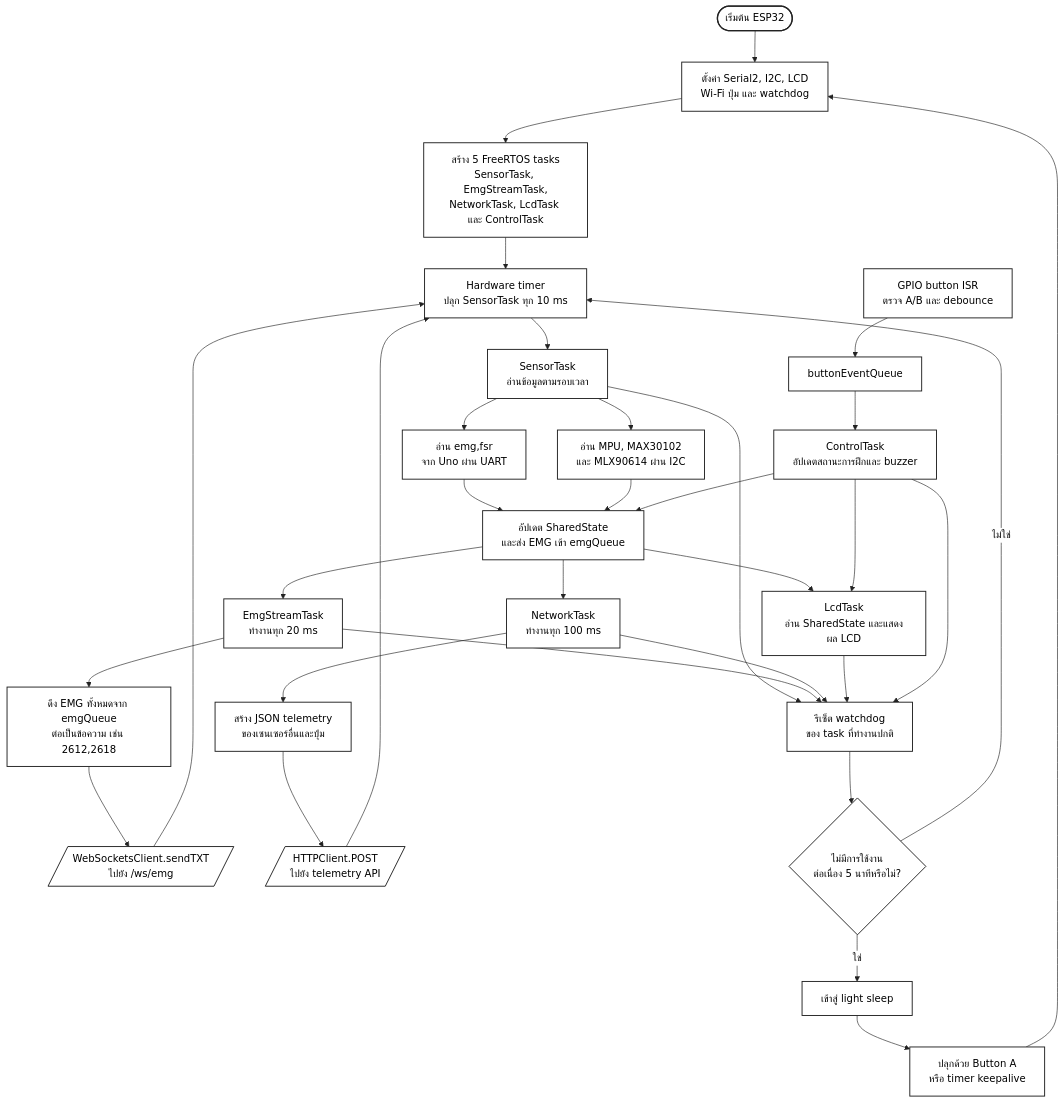
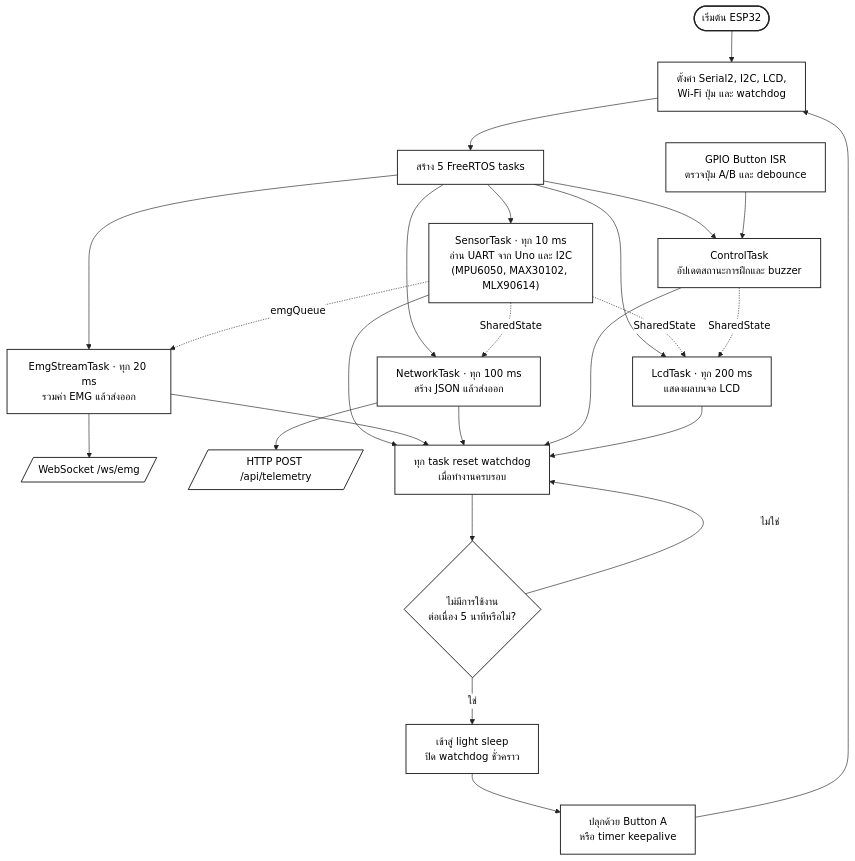
Before and after one commit to Fishcanwalk/muscle-activity-analyzer: the third of 3 diagrams in report/flowchart.md, drawn with Mermaid. The commit also changed other lines of this file, not shown here.

Commit message:
docs: update flowchart diagram in report

````diff
--- a/report/flowchart.md
+++ b/report/flowchart.md
@@ -109,68 +109,53 @@
 ```mermaid
 %%{init: {"theme":"base", "themeVariables": {"background":"#ffffff", "primaryColor":"#ffffff", "primaryTextColor":"#000000", "primaryBorderColor":"#222222", "lineColor":"#222222", "secondaryColor":"#ffffff", "tertiaryColor":"#ffffff", "fontFamily":"Arial"}}}%%
 flowchart TD
     Start([เริ่มต้น ESP32])
-    Init[ตั้งค่า Serial2, I2C, LCD<br/>Wi-Fi ปุ่ม และ watchdog]
-    Tasks[สร้าง 5 FreeRTOS tasks<br/>SensorTask, EmgStreamTask,<br/>NetworkTask, LcdTask และ ControlTask]
-    Timer[Hardware timer<br/>ปลุก SensorTask ทุก 10 ms]
-    Sensor[SensorTask<br/>อ่านข้อมูลตามรอบเวลา]
-    UART[อ่าน emg,fsr<br/>จาก Uno ผ่าน UART]
-    I2C[อ่าน MPU, MAX30102<br/>และ MLX90614 ผ่าน I2C]
-    State[อัปเดต SharedState<br/>และส่ง EMG เข้า emgQueue]
-    EmgTask[EmgStreamTask<br/>ทำงานทุก 20 ms]
-    EmgFrame[ดึง EMG ทั้งหมดจาก emgQueue<br/>ต่อเป็นข้อความ เช่น 2612,2618]
-    WS[/"WebSocketsClient.sendTXT<br/>ไปยัง /ws/emg"/]
-    Network[NetworkTask<br/>ทำงานทุก 100 ms]
-    JSON[สร้าง JSON telemetry<br/>ของเซนเซอร์อื่นและปุ่ม]
-    POST[/HTTPClient.POST<br/>ไปยัง telemetry API/]
-    ButtonISR[GPIO button ISR<br/>ตรวจ A/B และ debounce]
-    ButtonQueue[buttonEventQueue]
+    Init[ตั้งค่า Serial2, I2C, LCD,<br/>Wi-Fi ปุ่ม และ watchdog]
+    Tasks[สร้าง 5 FreeRTOS tasks]
+
+    Sensor["SensorTask · ทุก 10 ms<br/>อ่าน UART จาก Uno และ I2C<br/>(MPU6050, MAX30102, MLX90614)"]
+    EmgTask["EmgStreamTask · ทุก 20 ms<br/>รวมค่า EMG แล้วส่งออก"]
+    WS[/"WebSocket /ws/emg"/]
+    Network["NetworkTask · ทุก 100 ms<br/>สร้าง JSON แล้วส่งออก"]
+    POST[/"HTTP POST /api/telemetry"/]
     Control[ControlTask<br/>อัปเดตสถานะการฝึกและ buzzer]
-    LCD[LcdTask<br/>อ่าน SharedState และแสดงผล LCD]
-    Watchdog[รีเซ็ต watchdog<br/>ของ task ที่ทำงานปกติ]
+    LCD[LcdTask · ทุก 200 ms<br/>แสดงผลบนจอ LCD]
+    ButtonISR[GPIO Button ISR<br/>ตรวจปุ่ม A/B และ debounce]
+
+    Watchdog[ทุก task reset watchdog<br/>เมื่อทำงานครบรอบ]
     Idle{ไม่มีการใช้งาน<br/>ต่อเนื่อง 5 นาทีหรือไม่?}
-    Sleep[เข้าสู่ light sleep]
+    Sleep[เข้าสู่ light sleep<br/>ปิด watchdog ชั่วคราว]
     Wake[ปลุกด้วย Button A<br/>หรือ timer keepalive]
 
-    Start --> Init
-    Init --> Tasks
-    Tasks --> Timer
-    Timer --> Sensor
-    Sensor --> UART
-    Sensor --> I2C
-    UART --> State
-    I2C --> State
-    State --> EmgTask
-    EmgTask --> EmgFrame
-    EmgFrame --> WS
-    WS --> Timer
-    State --> Network
-    Network --> JSON
-    JSON --> POST
-    POST --> Timer
+    Start --> Init --> Tasks
+    Tasks --> Sensor & EmgTask & Network & Control & LCD
 
-    ButtonISR --> ButtonQueue
-    ButtonQueue --> Control
-    Control --> State
-    State --> LCD
-    Control --> LCD
+    EmgTask --> WS
+    Network --> POST
+    ButtonISR --> Control
+
+    Sensor -.->|emgQueue| EmgTask
+    Sensor -.->|SharedState| Network
+    Sensor -.->|SharedState| LCD
+    Control -.->|SharedState| LCD
+
     Sensor --> Watchdog
     EmgTask --> Watchdog
     Network --> Watchdog
+    Control --> Watchdog
     LCD --> Watchdog
-    Control --> Watchdog
+
     Watchdog --> Idle
-    Idle -->|ไม่ใช่| Timer
+    Idle -->|ไม่ใช่| Watchdog
     Idle -->|ใช่| Sleep
-    Sleep --> Wake
-    Wake --> Init
+    Sleep --> Wake --> Init
 
     classDef base fill:#ffffff,stroke:#222222,stroke-width:1.5px,color:#000000;
     classDef startend fill:#ffffff,stroke:#222222,stroke-width:2px,color:#000000;
     classDef io fill:#ffffff,stroke:#222222,stroke-width:1.5px,color:#000000;
     classDef decision fill:#ffffff,stroke:#222222,stroke-width:1.5px,color:#000000;
     class Start startend;
     class WS,POST io;
     class Idle decision;
-    class Init,Tasks,Timer,Sensor,UART,I2C,State,EmgTask,EmgFrame,Network,JSON,ButtonISR,ButtonQueue,Control,LCD,Watchdog,Sleep,Wake base;
+    class Init,Tasks,Sensor,EmgTask,Network,Control,LCD,ButtonISR,Watchdog,Sleep,Wake base;
 ```
````
